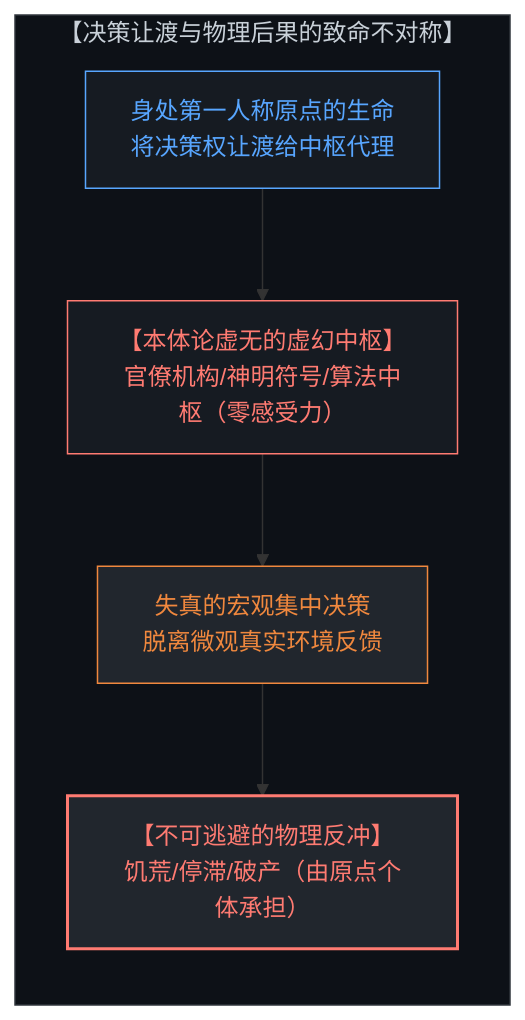
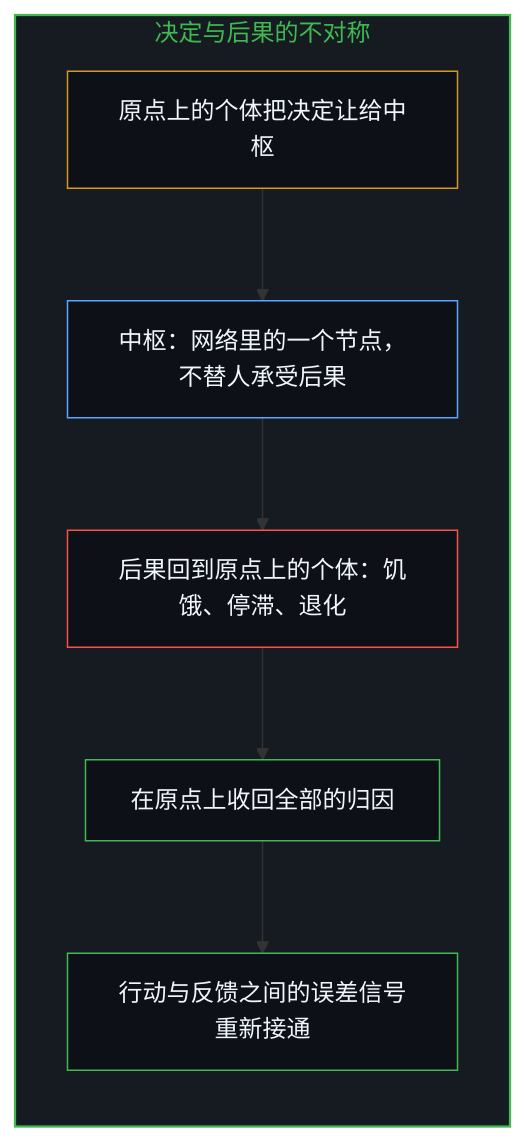
One commit to powerpig99/not-a-toe changed the ninth of 12 diagrams in content/posts/the-power-law-of-surrendered-agency.md. Above: the diagram before and after it, drawn with Mermaid. The commit also changed other lines of this file and 2 other files, not shown here.

Commit message:
Refine the-power-law-of-surrendered-agency: alternating bilingual layout, six paired diagrams, implicit first person

````diff
--- a/content/posts/the-power-law-of-surrendered-agency.md
+++ b/content/posts/the-power-law-of-surrendered-agency.md
@@ -237,18 +259,22 @@
 ```mermaid
-graph TD
-    subgraph DecoupledConsequence["【决策让渡与物理后果的致命不对称】"]
+flowchart TD
+    subgraph S_Asym["决定与后果的不对称"]
         direction TB
-        IndividualAtOrigin["身处第一人称原点的生命<br>将决策权让渡给中枢代理"]
-        PhantomCenter["【本体论虚无的虚幻中枢】<br>官僚机构/神明符号/算法中枢（零感受力）"]
-        CentralDirective["失真的宏观集中决策<br>脱离微观真实环境反馈"]
-        PhysicalBacklash["【不可逃避的物理反冲】<br>饥荒/停滞/破产（由原点个体承担）"]
-        IndividualAtOrigin --> PhantomCenter
-        PhantomCenter --> CentralDirective
-        CentralDirective --> PhysicalBacklash
+        Give["原点上的个体把决定让给中枢"]
+        Node["中枢：网络里的一个节点，不替人承受后果"]
+        Return["后果回到原点上的个体：饥饿、停滞、退化"]
+        Reclaim["在原点上收回全部的归因"]
+        Signal["行动与反馈之间的误差信号重新接通"]
+        Give --> Node
+        Node --> Return
+        Return --> Reclaim
+        Reclaim --> Signal
     end
-    style DecoupledConsequence fill:#0d1117,stroke:#30363d,stroke-width:1px,color:#c9d1d9
-    style IndividualAtOrigin fill:#161b22,stroke:#58a6ff,stroke-width:1px,color:#58a6ff
-    style PhantomCenter fill:#161b22,stroke:#ff7b72,stroke-width:1px,color:#ff7b72
-    style CentralDirective fill:#21262d,stroke:#f0883e,color:#f0883e
-    style PhysicalBacklash fill:#21262d,stroke:#ff7b72,stroke-width:2px,color:#ff7b72
+
+    style S_Asym fill:#161b22,stroke:#3fb950,stroke-width:1.5px,color:#3fb950
+    style Give fill:#0d1117,stroke:#d29922,stroke-width:1px,color:#f0f6fc
+    style Node fill:#0d1117,stroke:#58a6ff,stroke-width:1px,color:#f0f6fc
+    style Return fill:#0d1117,stroke:#f85149,stroke-width:1px,color:#f0f6fc
+    style Reclaim fill:#0d1117,stroke:#3fb950,stroke-width:1px,color:#f0f6fc
+    style Signal fill:#0d1117,stroke:#3fb950,stroke-width:1px,color:#f0f6fc
 ```
````
